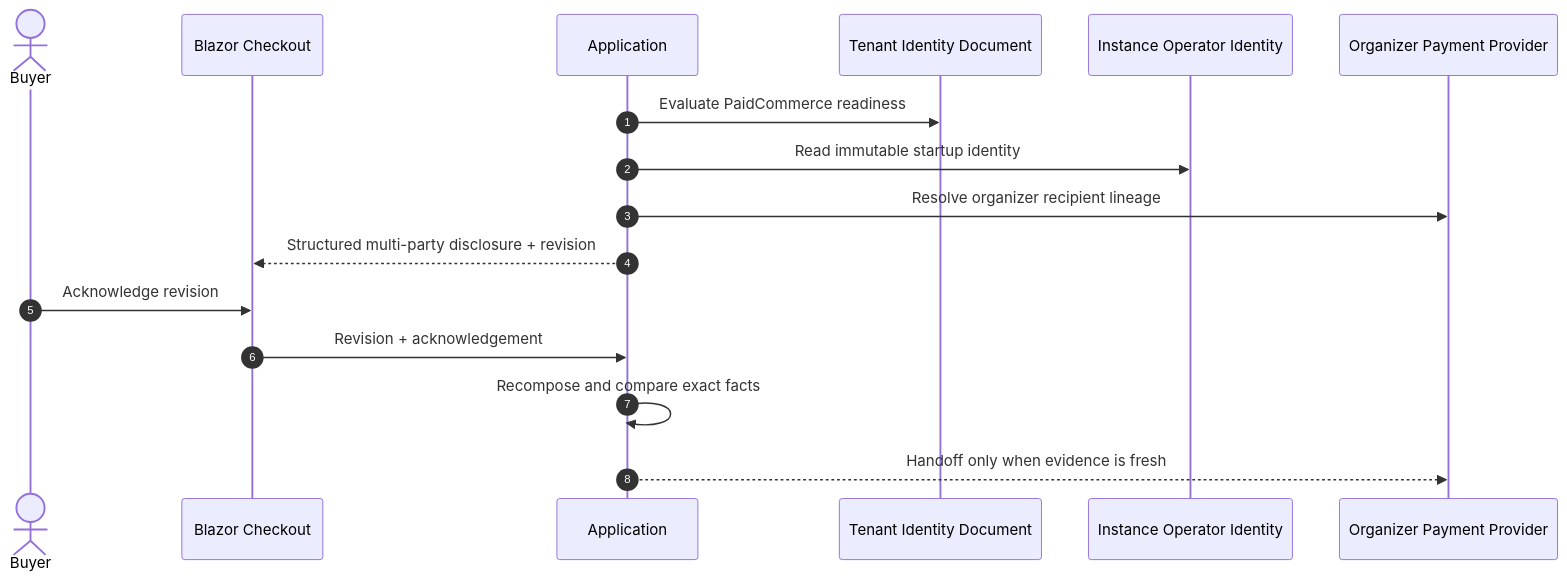
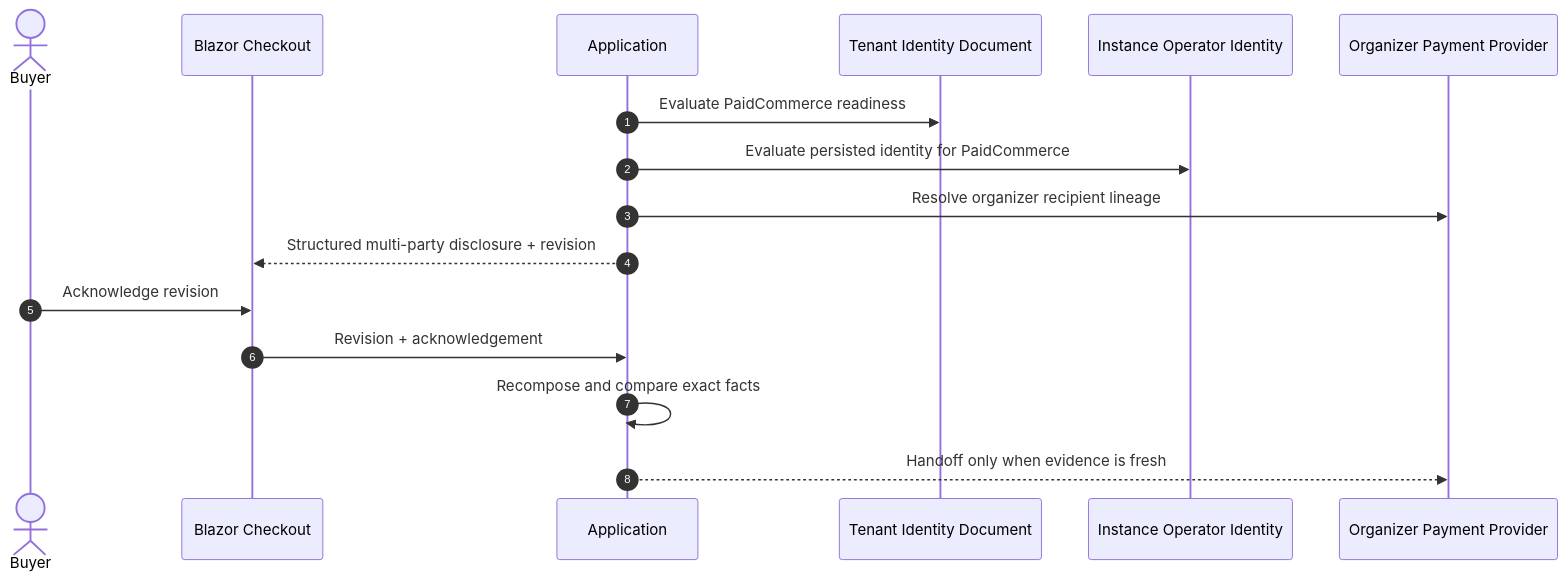
The second of 4 diagrams in docs/internal/PAYMENTS.md (islamu-ngo/Event), drawn with Mermaid before and after one commit. The commit also changed other lines of this file and 40 other files, not shown here.

First line of the commit message:
feat(onboarding)!: evaluate identity for each protected capability

````diff
--- a/docs/internal/PAYMENTS.md
+++ b/docs/internal/PAYMENTS.md
@@ -163,19 +166,19 @@
 ```mermaid
 sequenceDiagram
     autonumber
     actor Buyer
     participant UI as Blazor Checkout
     participant App as Application
     participant Tenant as Tenant Identity Document
     participant Instance as Instance Operator Identity
     participant Provider as Organizer Payment Provider
 
     App->>Tenant: Evaluate PaidCommerce readiness
-    App->>Instance: Read immutable startup identity
+    App->>Instance: Evaluate persisted identity for PaidCommerce
     App->>Provider: Resolve organizer recipient lineage
     App-->>UI: Structured multi-party disclosure + revision
     Buyer->>UI: Acknowledge revision
     UI->>App: Revision + acknowledgement
     App->>App: Recompose and compare exact facts
     App-->>Provider: Handoff only when evidence is fresh
 ```
````
